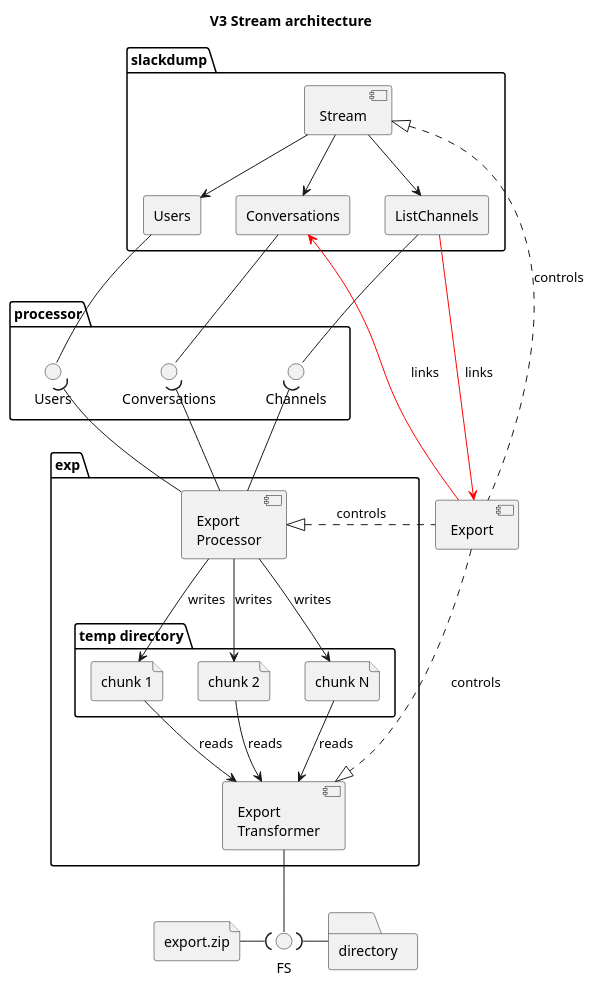
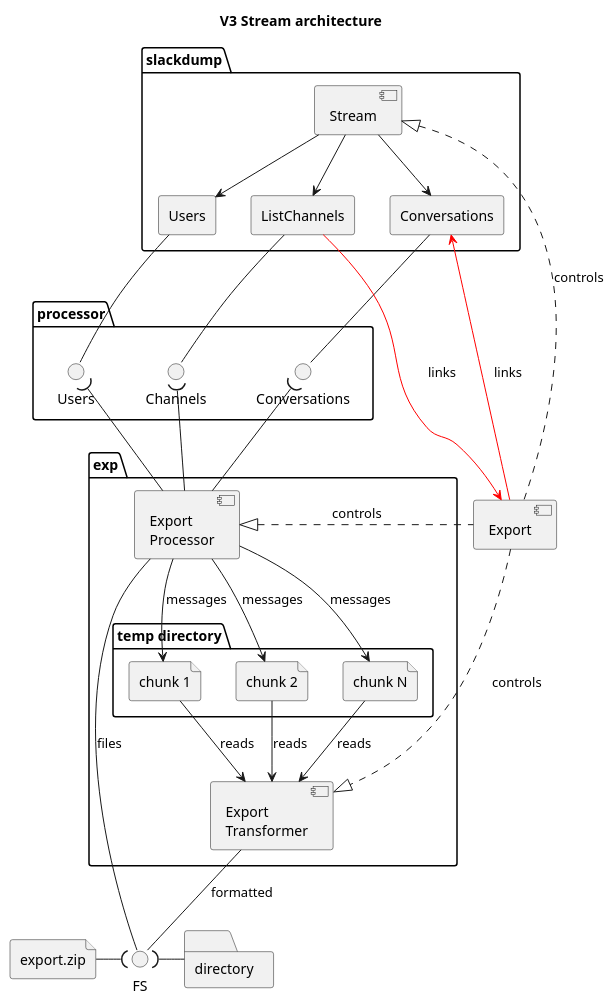
The diagram in doc/diagrams/v3_stream.puml (rusq/slackdump), drawn with PlantUML before and after one commit.

Commit message:
diagram update

```diff
--- a/doc/diagrams/v3_stream.puml
+++ b/doc/diagrams/v3_stream.puml
@@ -1,71 +1,73 @@
 @startuml
 ' left to right direction
 title V3 Stream architecture
 
 component Export
 
 folder exp {
 component "Export\nTransformer" as exptrans
 component "Export\nProcessor" as expproc
 
 folder "temp directory" as temp {
     file "chunk 1" as chunk1
     file "chunk 2" as chunk2
     file "chunk N" as chunkN
 }
 }
 
 folder slackdump {
     component Stream
     rectangle Conversations
     rectangle Users
     rectangle ListChannels
 
     Stream --> Conversations
     Stream --> Users
     Stream --> ListChannels
 }
 
 Export .up.|> Stream : controls
 Export .left.|> expproc : controls
 Export .down.|> exptrans : controls
 
 folder processor {
     interface Conversations as IConversations
     interface Channels as IChannels
     interface Users as IUsers
 
     Conversations -- IConversations
     ListChannels -- IChannels
     Users -- IUsers
 }
 
 IConversations )-- expproc
 IChannels )-- expproc
 IUsers )-- expproc
 
 ListChannels --[#red]-> Export : links
 Export --[#red]-> Conversations : links
 
 
-expproc --> chunk1 : writes
-expproc --> chunk2 : writes
-expproc --> chunkN : writes
+expproc --> chunk1 : messages
+expproc --> chunk2 : messages
+expproc --> chunkN : messages
+
 
 chunk1 --> exptrans : reads
 chunk2 --> exptrans : reads
 chunkN --> exptrans : reads
 
 
 folder "directory" as output
 file "export.zip" as zip
 interface FS
 
-exptrans -- FS
+expproc -- FS: files
+exptrans -- FS: formatted
 FS )-left- zip
 FS )-right- output
 
 ' internal logic
 
 
 @enduml
```
